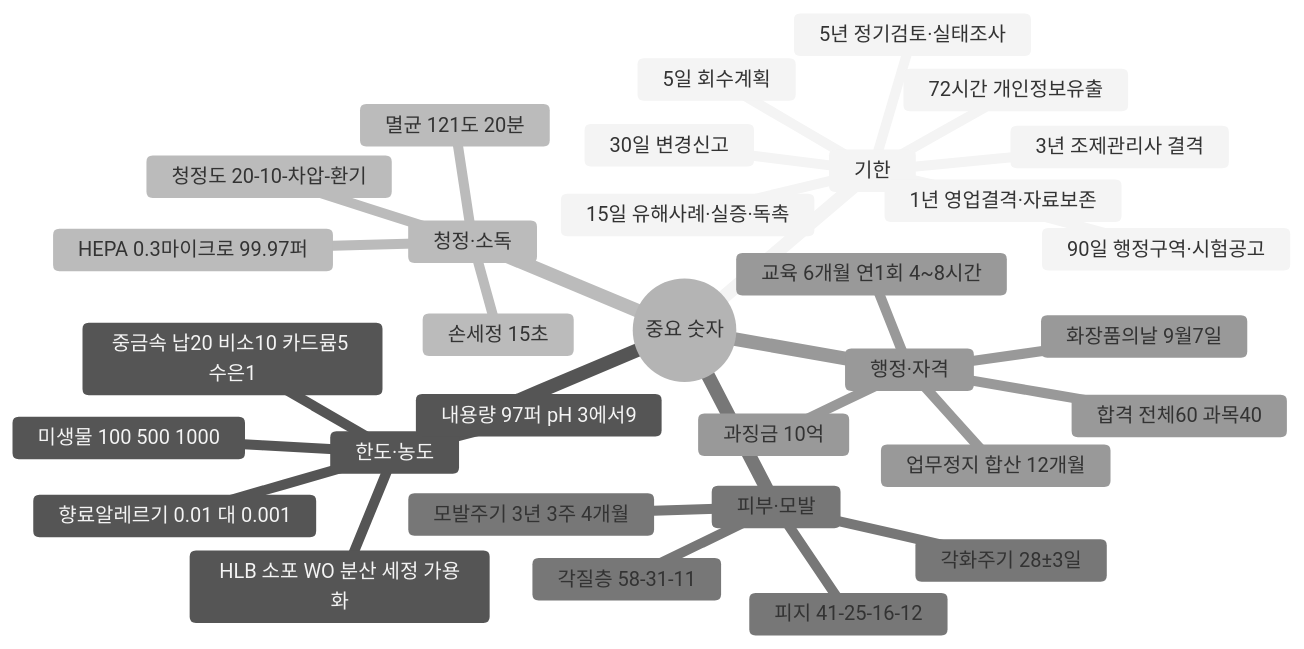
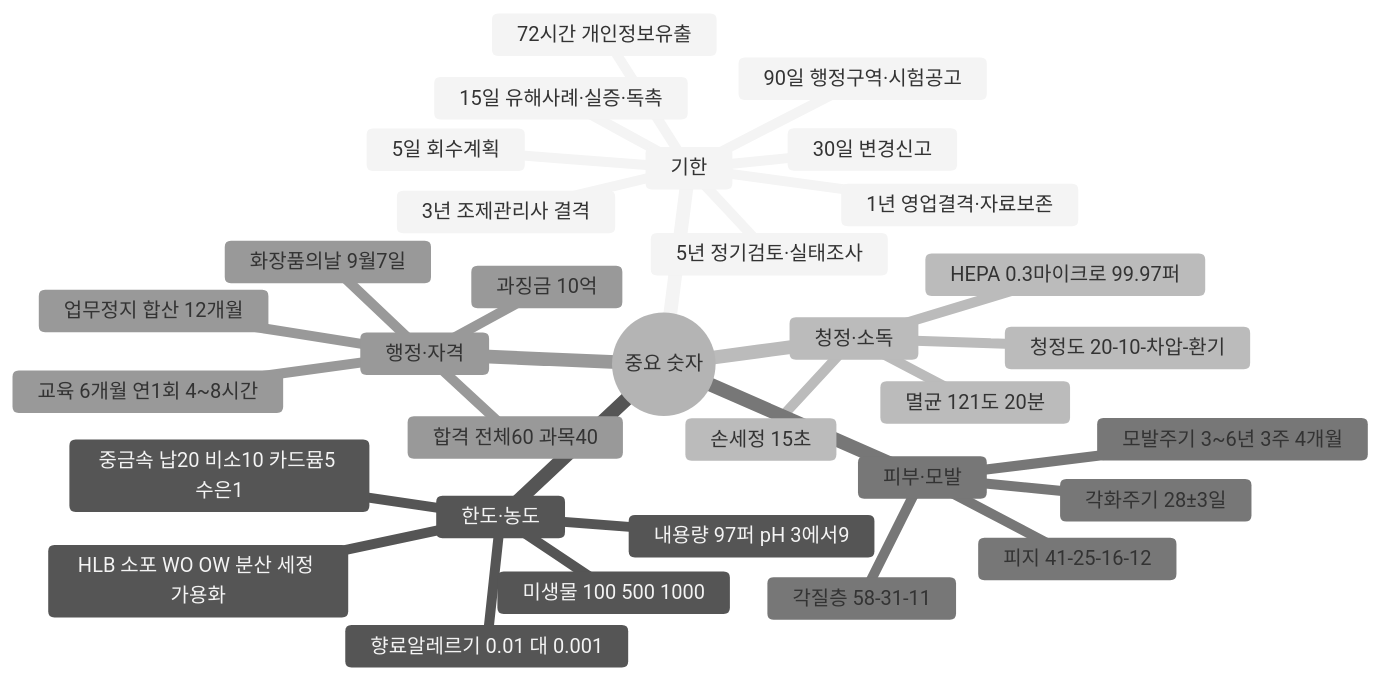
One commit to skygoldlee-cyber/Personalized_Skincare changed the sixth of 7 diagrams in content/두음법_암기_총정리.md. Above: the diagram before and after it, drawn with Mermaid (neutral theme). The commit also changed other lines of this file and 5 other files, not shown here.

````diff
--- a/content/두음법_암기_총정리.md
+++ b/content/두음법_암기_총정리.md
@@ -255,35 +255,35 @@
 ```mermaid
 mindmap
  root((중요 숫자))
   기한
    5일 회수계획
    15일 유해사례·실증·독촉
    30일 변경신고
    90일 행정구역·시험공고
    72시간 개인정보유출
    1년 영업결격·자료보존
    3년 조제관리사 결격
    5년 정기검토·실태조사
   한도·농도
    중금속 납20 비소10 카드뮴5 수은1
    미생물 100 500 1000
    내용량 97퍼 pH 3에서9
    향료알레르기 0.01 대 0.001
-   HLB 소포 WO 분산 세정 가용화
+   HLB 소포 WO OW 분산 세정 가용화
   청정·소독
    청정도 20-10-차압-환기
    HEPA 0.3마이크로 99.97퍼
    손세정 15초
    멸균 121도 20분
   피부·모발
    각질층 58-31-11
    각화주기 28±3일
-   모발주기 3년 3주 4개월
+   모발주기 3~6년 3주 4개월
    피지 41-25-16-12
   행정·자격
    과징금 10억
    업무정지 합산 12개월
    합격 전체60 과목40
    교육 6개월 연1회 4~8시간
    화장품의날 9월7일
 ```
````
